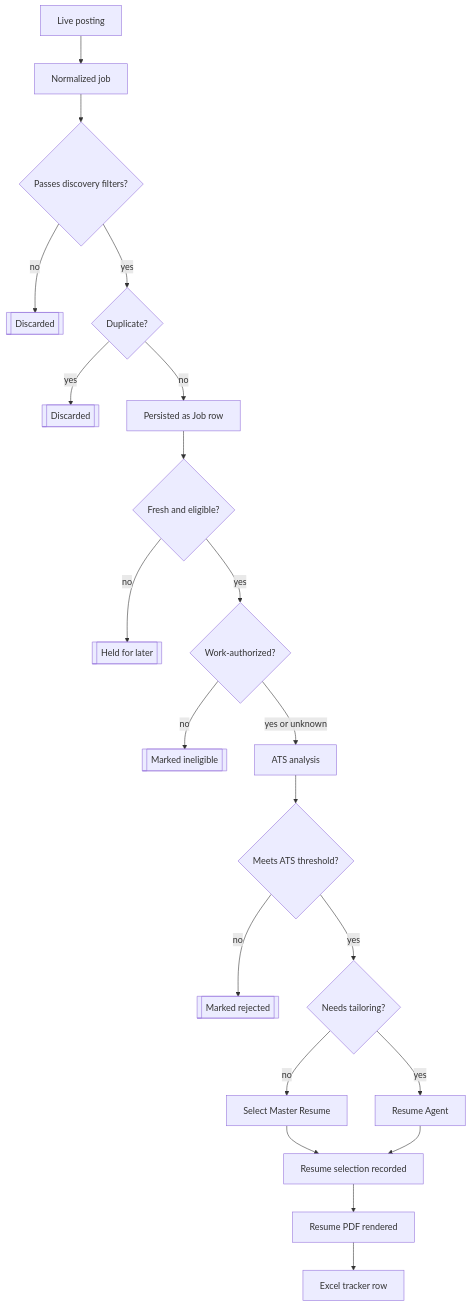
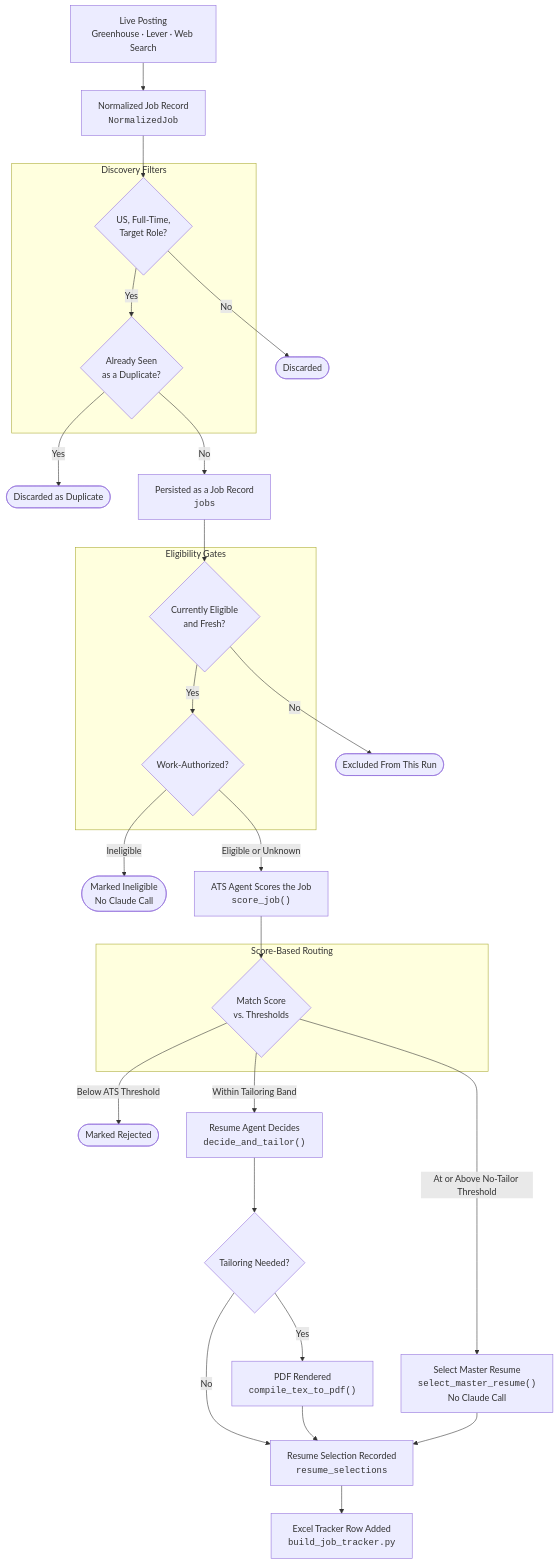
One commit to savsuth/Jobify changed the third of 3 diagrams in README.md. Above: the diagram before and after it, drawn with Mermaid. The commit also changed other lines of this file, not shown here.

First line of the commit message:
Rewrite README in formal technical style with accurate architecture diagrams

````diff
--- a/README.md
+++ b/README.md
@@ -117,23 +250,43 @@
 ```mermaid
 flowchart TD
-    A[Live posting] --> B[Normalized job]
-    B --> C{Passes discovery filters?}
-    C -->|no| R1[[Discarded]]
-    C -->|yes| D{Duplicate?}
-    D -->|yes| R2[[Discarded]]
-    D -->|no| E[Persisted as Job row]
-    E --> F{Fresh and eligible?}
-    F -->|no| R3[[Held for later]]
-    F -->|yes| G{Work-authorized?}
-    G -->|no| R4[[Marked ineligible]]
-    G -->|yes or unknown| H[ATS analysis]
-    H --> I{Meets ATS threshold?}
-    I -->|no| R5[[Marked rejected]]
-    I -->|yes| J{Needs tailoring?}
-    J -->|no| K[Select Master Resume]
-    J -->|yes| L[Resume Agent]
-    K --> M[Resume selection recorded]
-    L --> M
-    M --> N[Resume PDF rendered]
-    N --> O[Excel tracker row]
+    A["Live Posting<br/>Greenhouse · Lever · Web Search"] --> B["Normalized Job Record<br/><code>NormalizedJob</code>"]
+
+    subgraph FILTER["Discovery Filters"]
+        C{"US, Full-Time,<br/>Target Role?"}
+        D{"Already Seen<br/>as a Duplicate?"}
+    end
+
+    B --> C
+    C -->|No| R1(["Discarded"])
+    C -->|Yes| D
+    D -->|Yes| R2(["Discarded as Duplicate"])
+    D -->|No| E["Persisted as a Job Record<br/><code>jobs</code>"]
+
+    subgraph GATES["Eligibility Gates"]
+        F{"Currently Eligible<br/>and Fresh?"}
+        G{"Work-Authorized?"}
+    end
+
+    E --> F
+    F -->|No| R3(["Excluded From This Run"])
+    F -->|Yes| G
+    G -->|Ineligible| R4(["Marked Ineligible<br/>No Claude Call"])
+    G -->|Eligible or Unknown| H["ATS Agent Scores the Job<br/><code>score_job()</code>"]
+
+    subgraph DECIDE["Score-Based Routing"]
+        I{"Match Score<br/>vs. Thresholds"}
+    end
+
+    H --> I
+    I -->|Below ATS Threshold| R5(["Marked Rejected"])
+    I -->|Within Tailoring Band| L["Resume Agent Decides<br/><code>decide_and_tailor()</code>"]
+    I -->|At or Above No-Tailor Threshold| K["Select Master Resume<br/><code>select_master_resume()</code><br/>No Claude Call"]
+
+    L --> J{"Tailoring Needed?"}
+    J -->|Yes| N["PDF Rendered<br/><code>compile_tex_to_pdf()</code>"]
+    J -->|No| M["Resume Selection Recorded<br/><code>resume_selections</code>"]
+    N --> M
+    K --> M
+
+    M --> O["Excel Tracker Row Added<br/><code>build_job_tracker.py</code>"]
 ```
````
